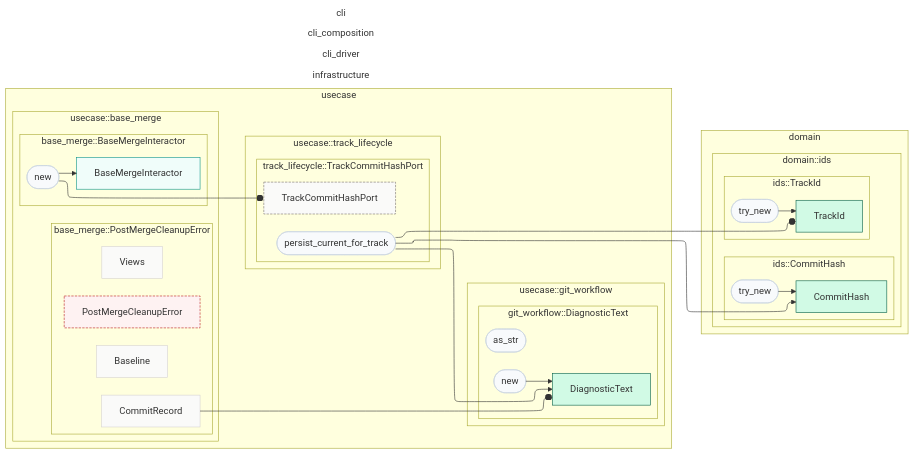
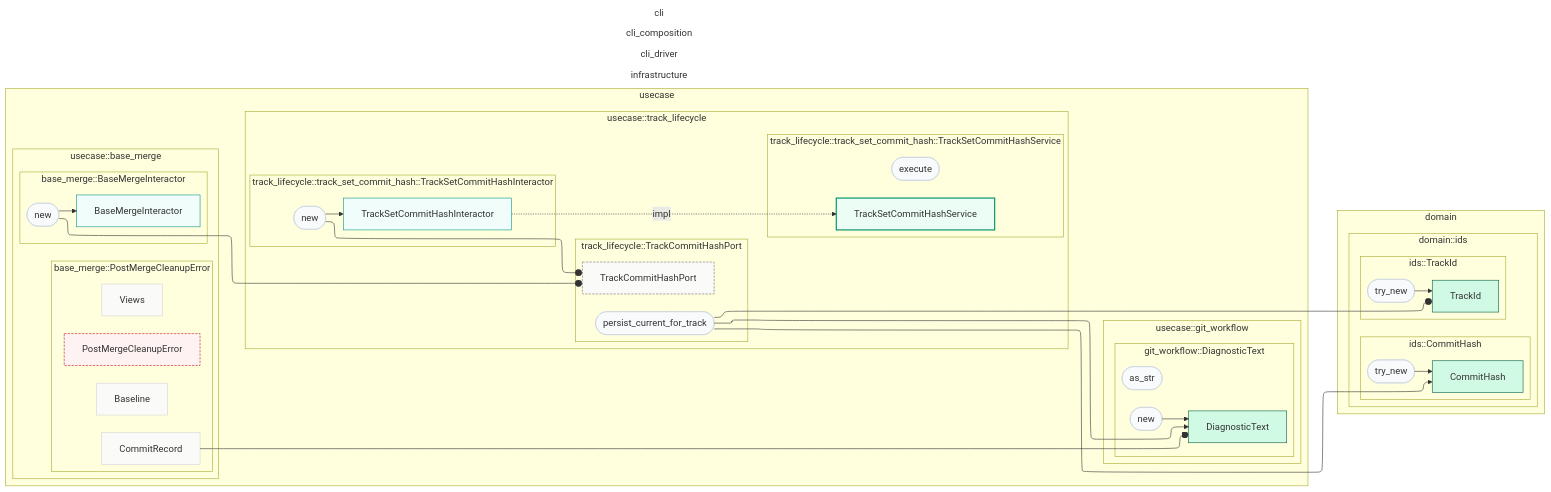
The diagram in track/items/2026-09-03-base-merge-commit-record-advance/contract-map.md (Flip451/SoTOHE-core), drawn with Mermaid before and after one commit. The commit also changed 25 other files, not shown here.

Commit message:
feat(track): persist merge HEAD after clean merge and recover commit

````diff
--- a/track/items/2026-09-03-base-merge-commit-record-advance/contract-map.md
+++ b/track/items/2026-09-03-base-merge-commit-record-advance/contract-map.md
@@ -76,10 +76,20 @@
   end
   subgraph M67_7_75736563617365_7_75736563617365_15_747261636b5f6c6966656379636c65["usecase::track_lifecycle"]
     direction TB
+  subgraph T191_7_75736563617365_7_75736563617365_77_757365636173653a3a747261636b5f6c6966656379636c653a3a747261636b5f7365745f636f6d6d69745f686173683a3a547261636b536574436f6d6d697448617368496e7465726163746f72["track_lifecycle::track_set_commit_hash::TrackSetCommitHashInteractor"]
+    direction TB
+    T191_7_75736563617365_7_75736563617365_77_757365636173653a3a747261636b5f6c6966656379636c653a3a747261636b5f7365745f636f6d6d69745f686173683a3a547261636b536574436f6d6d697448617368496e7465726163746f72__self[TrackSetCommitHashInteractor]
+    T191_7_75736563617365_7_75736563617365_77_757365636173653a3a747261636b5f6c6966656379636c653a3a747261636b5f7365745f636f6d6d69745f686173683a3a547261636b536574436f6d6d697448617368496e7465726163746f72_new([new])
+  end
   subgraph R75_7_75736563617365_7_75736563617365_19_547261636b436f6d6d697448617368506f7274["track_lifecycle::TrackCommitHashPort"]
     direction TB
     R75_7_75736563617365_7_75736563617365_19_547261636b436f6d6d697448617368506f7274__self[TrackCommitHashPort]
     R75_7_75736563617365_7_75736563617365_19_547261636b436f6d6d697448617368506f7274_persist_current_for_track([persist_current_for_track])
+  end
+  subgraph R87_7_75736563617365_7_75736563617365_25_547261636b536574436f6d6d69744861736853657276696365["track_lifecycle::track_set_commit_hash::TrackSetCommitHashService"]
+    direction TB
+    R87_7_75736563617365_7_75736563617365_25_547261636b536574436f6d6d69744861736853657276696365__self[TrackSetCommitHashService]
+    R87_7_75736563617365_7_75736563617365_25_547261636b536574436f6d6d69744861736853657276696365_execute([execute])
   end
   end
 end
@@ -101,9 +111,12 @@
 T117_7_75736563617365_7_75736563617365_40_757365636173653a3a626173655f6d657267653a3a426173654d65726765496e7465726163746f72_new --> T117_7_75736563617365_7_75736563617365_40_757365636173653a3a626173655f6d657267653a3a426173654d65726765496e7465726163746f72__self
 T121_7_75736563617365_7_75736563617365_42_757365636173653a3a626173655f6d657267653a3a506f73744d65726765436c65616e75704572726f72_CommitRecord --o T111_7_75736563617365_7_75736563617365_37_757365636173653a3a6769745f776f726b666c6f773a3a446961676e6f7374696354657874__self
 T111_7_75736563617365_7_75736563617365_37_757365636173653a3a6769745f776f726b666c6f773a3a446961676e6f7374696354657874_new --> T111_7_75736563617365_7_75736563617365_37_757365636173653a3a6769745f776f726b666c6f773a3a446961676e6f7374696354657874__self
+T191_7_75736563617365_7_75736563617365_77_757365636173653a3a747261636b5f6c6966656379636c653a3a747261636b5f7365745f636f6d6d69745f686173683a3a547261636b536574436f6d6d697448617368496e7465726163746f72_new --o R75_7_75736563617365_7_75736563617365_19_547261636b436f6d6d697448617368506f7274__self
+T191_7_75736563617365_7_75736563617365_77_757365636173653a3a747261636b5f6c6966656379636c653a3a747261636b5f7365745f636f6d6d69745f686173683a3a547261636b536574436f6d6d697448617368496e7465726163746f72_new --> T191_7_75736563617365_7_75736563617365_77_757365636173653a3a747261636b5f6c6966656379636c653a3a747261636b5f7365745f636f6d6d69745f686173683a3a547261636b536574436f6d6d697448617368496e7465726163746f72__self
 R75_7_75736563617365_7_75736563617365_19_547261636b436f6d6d697448617368506f7274_persist_current_for_track --o T73_6_646f6d61696e_6_646f6d61696e_20_646f6d61696e3a3a6964733a3a547261636b4964__self
 R75_7_75736563617365_7_75736563617365_19_547261636b436f6d6d697448617368506f7274_persist_current_for_track --> T111_7_75736563617365_7_75736563617365_37_757365636173653a3a6769745f776f726b666c6f773a3a446961676e6f7374696354657874__self
 R75_7_75736563617365_7_75736563617365_19_547261636b436f6d6d697448617368506f7274_persist_current_for_track --> T79_6_646f6d61696e_6_646f6d61696e_23_646f6d61696e3a3a6964733a3a436f6d6d697448617368__self
+T191_7_75736563617365_7_75736563617365_77_757365636173653a3a747261636b5f6c6966656379636c653a3a747261636b5f7365745f636f6d6d69745f686173683a3a547261636b536574436f6d6d697448617368496e7465726163746f72__self -.impl.-> R87_7_75736563617365_7_75736563617365_25_547261636b536574436f6d6d69744861736853657276696365__self
 class T79_6_646f6d61696e_6_646f6d61696e_23_646f6d61696e3a3a6964733a3a436f6d6d697448617368_try_new method_node
 class T79_6_646f6d61696e_6_646f6d61696e_23_646f6d61696e3a3a6964733a3a436f6d6d697448617368__self value_object
 class T73_6_646f6d61696e_6_646f6d61696e_20_646f6d61696e3a3a6964733a3a547261636b4964_try_new method_node
@@ -117,6 +130,10 @@
 class T111_7_75736563617365_7_75736563617365_37_757365636173653a3a6769745f776f726b666c6f773a3a446961676e6f7374696354657874_new method_node
 class T111_7_75736563617365_7_75736563617365_37_757365636173653a3a6769745f776f726b666c6f773a3a446961676e6f7374696354657874_as_str method_node
 class T111_7_75736563617365_7_75736563617365_37_757365636173653a3a6769745f776f726b666c6f773a3a446961676e6f7374696354657874__self value_object
+class T191_7_75736563617365_7_75736563617365_77_757365636173653a3a747261636b5f6c6966656379636c653a3a747261636b5f7365745f636f6d6d69745f686173683a3a547261636b536574436f6d6d697448617368496e7465726163746f72_new method_node
+class T191_7_75736563617365_7_75736563617365_77_757365636173653a3a747261636b5f6c6966656379636c653a3a747261636b5f7365745f636f6d6d69745f686173683a3a547261636b536574436f6d6d697448617368496e7465726163746f72__self interactor
 class R75_7_75736563617365_7_75736563617365_19_547261636b436f6d6d697448617368506f7274_persist_current_for_track method_node
 class R75_7_75736563617365_7_75736563617365_19_547261636b436f6d6d697448617368506f7274__self secondary_port
+class R87_7_75736563617365_7_75736563617365_25_547261636b536574436f6d6d69744861736853657276696365_execute method_node
+class R87_7_75736563617365_7_75736563617365_25_547261636b536574436f6d6d69744861736853657276696365__self app_service
 ```
````
